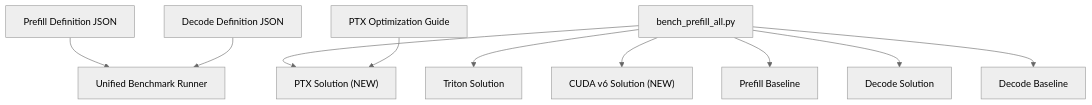
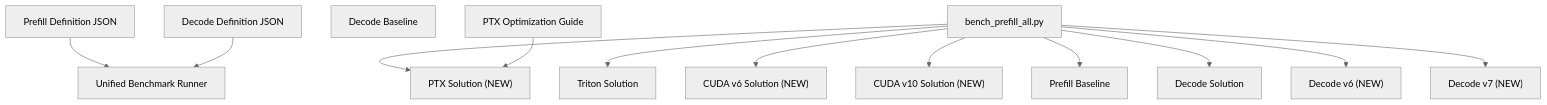
The fifth of 6 diagrams in .qoder/repowiki/en/content/Core Kernels/GDN Prefill Kernel.md (gugudeshubao/flashinfer-bench-tma-thrust), drawn with Mermaid (neutral theme) before and after one commit. The commit also changed other lines of this file and 4 other files, not shown here.

````diff
--- a/.qoder/repowiki/en/content/Core Kernels/GDN Prefill Kernel.md
+++ b/.qoder/repowiki/en/content/Core Kernels/GDN Prefill Kernel.md
@@ -360,23 +411,28 @@
 ```mermaid
 graph TB
 DefPrefill["Prefill Definition JSON"]
 DefDecode["Decode Definition JSON"]
 Bench["Unified Benchmark Runner"]
 PrefillSol["Triton Solution"]
 PrefillPTX["PTX Solution (NEW)"]
 PrefillV6["CUDA v6 Solution (NEW)"]
+PrefillV10["CUDA v10 Solution (NEW)"]
 PrefillBase["Prefill Baseline"]
 DecodeSol["Decode Solution"]
 DecodeBase["Decode Baseline"]
+DecodeV6["Decode v6 (NEW)"]
+DecodeV7["Decode v7 (NEW)"]
 PTXReadme["PTX Optimization Guide"]
 BenchAll["bench_prefill_all.py"]
 DefPrefill --> Bench
 DefDecode --> Bench
 BenchAll --> PrefillSol
 BenchAll --> PrefillPTX
 BenchAll --> PrefillV6
+BenchAll --> PrefillV10
 BenchAll --> PrefillBase
 BenchAll --> DecodeSol
-BenchAll --> DecodeBase
+BenchAll --> DecodeV6
+BenchAll --> DecodeV7
 PTXReadme --> PrefillPTX
 ```
````
